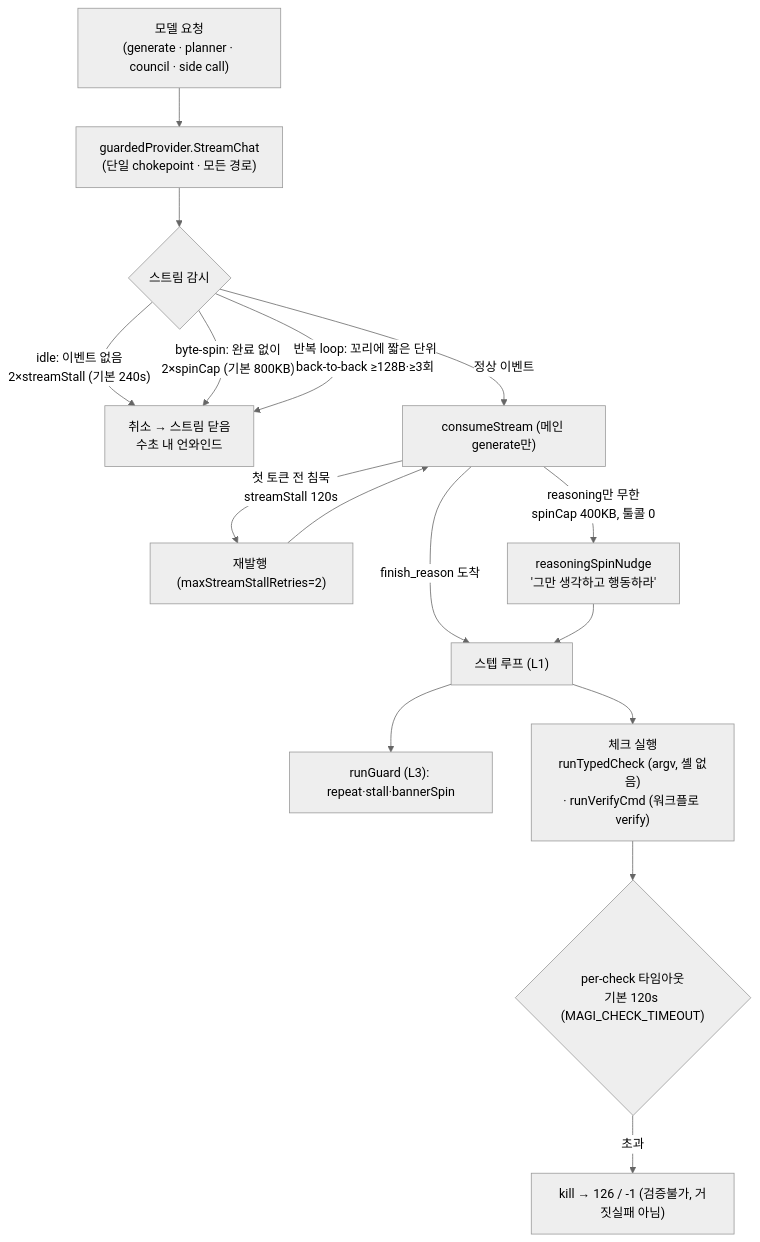
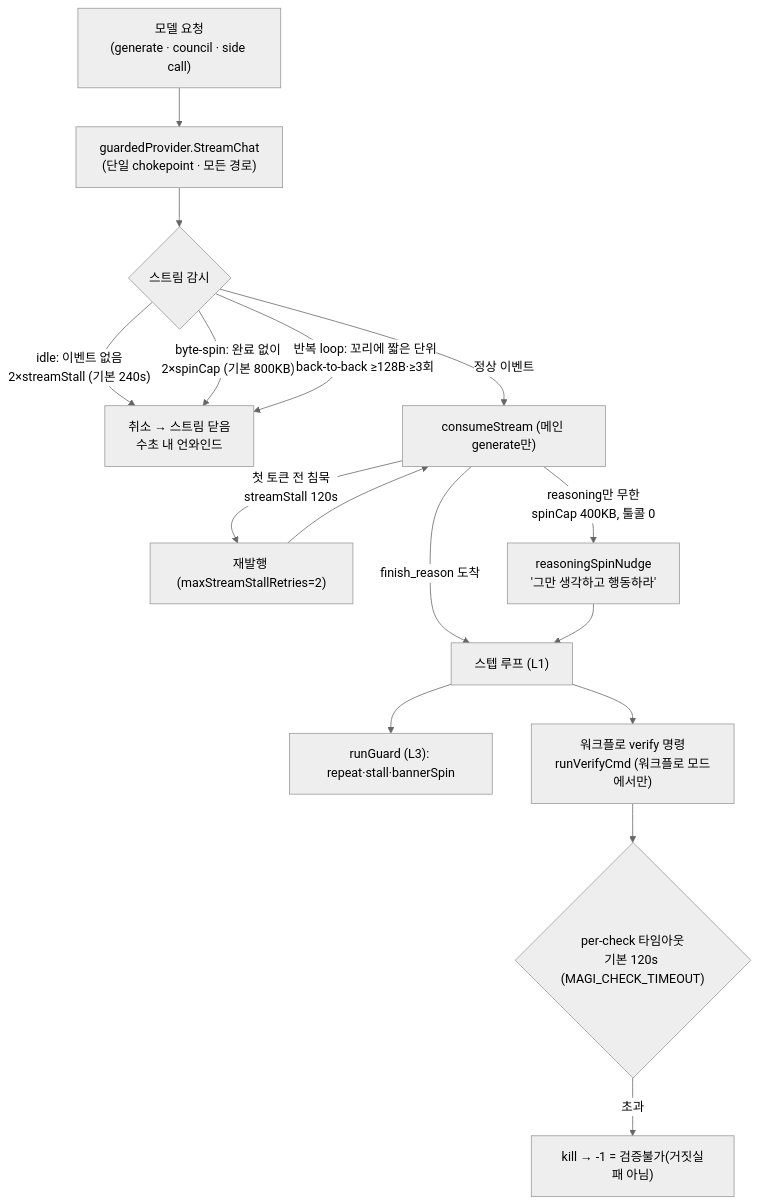
Before and after one commit to sayaya1090/magi: the fourth of 4 diagrams in docs/DIAGRAMS.md, drawn with Mermaid. The commit also changed other lines of this file and 4 other files, not shown here.

````diff
--- a/docs/DIAGRAMS.md
+++ b/docs/DIAGRAMS.md
@@ -140,19 +140,19 @@
 ```mermaid
 %%{init: {'theme':'neutral','flowchart':{'curve':'basis'}}}%%
 flowchart TD
-  REQ["모델 요청<br/>(generate · planner · council · side call)"] --> GP["guardedProvider.StreamChat<br/>(단일 chokepoint · 모든 경로)"]
+  REQ["모델 요청<br/>(generate · council · side call)"] --> GP["guardedProvider.StreamChat<br/>(단일 chokepoint · 모든 경로)"]
   GP --> W{"스트림 감시"}
   W -- "idle: 이벤트 없음<br/>2×streamStall (기본 240s)" --> AB["취소 → 스트림 닫음<br/>수초 내 언와인드"]
   W -- "byte-spin: 완료 없이<br/>2×spinCap (기본 800KB)" --> AB
   W -- "반복 loop: 꼬리에 짧은 단위<br/>back-to-back ≥128B·≥3회" --> AB
   W -- "정상 이벤트" --> CS["consumeStream (메인 generate만)"]
   CS -- "첫 토큰 전 침묵<br/>streamStall 120s" --> RT["재발행 (maxStreamStallRetries=2)"]
   CS -- "reasoning만 무한<br/>spinCap 400KB, 툴콜 0" --> SN["reasoningSpinNudge<br/>'그만 생각하고 행동하라'"]
   CS -- "finish_reason 도착" --> STEP["스텝 루프 (L1)"]
   RT --> CS
   SN --> STEP
   STEP --> TG["runGuard (L3): repeat·stall·bannerSpin"]
-  STEP --> CK["체크 실행<br/>runTypedCheck (argv, 셸 없음)<br/>· runVerifyCmd (워크플로 verify)"]
+  STEP --> CK["워크플로 verify 명령<br/>runVerifyCmd (워크플로 모드에서만)"]
   CK --> CTO{"per-check 타임아웃<br/>기본 120s (MAGI_CHECK_TIMEOUT)"}
-  CTO -- "초과" --> KILL["kill → 126 / -1 (검증불가, 거짓실패 아님)"]
+  CTO -- "초과" --> KILL["kill → -1 = 검증불가(거짓실패 아님)"]
 ```
````
